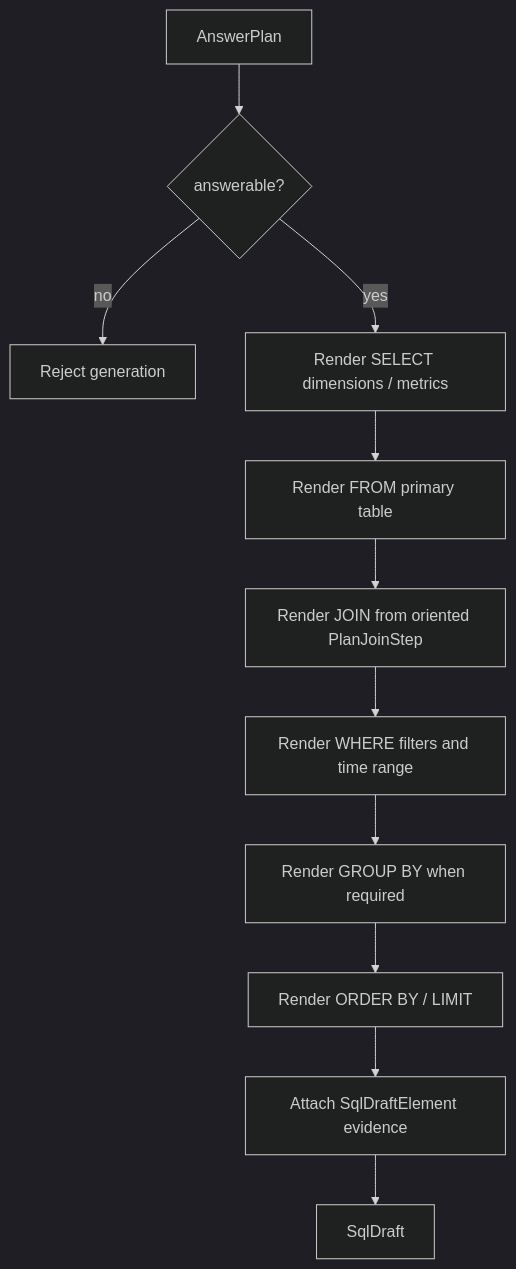
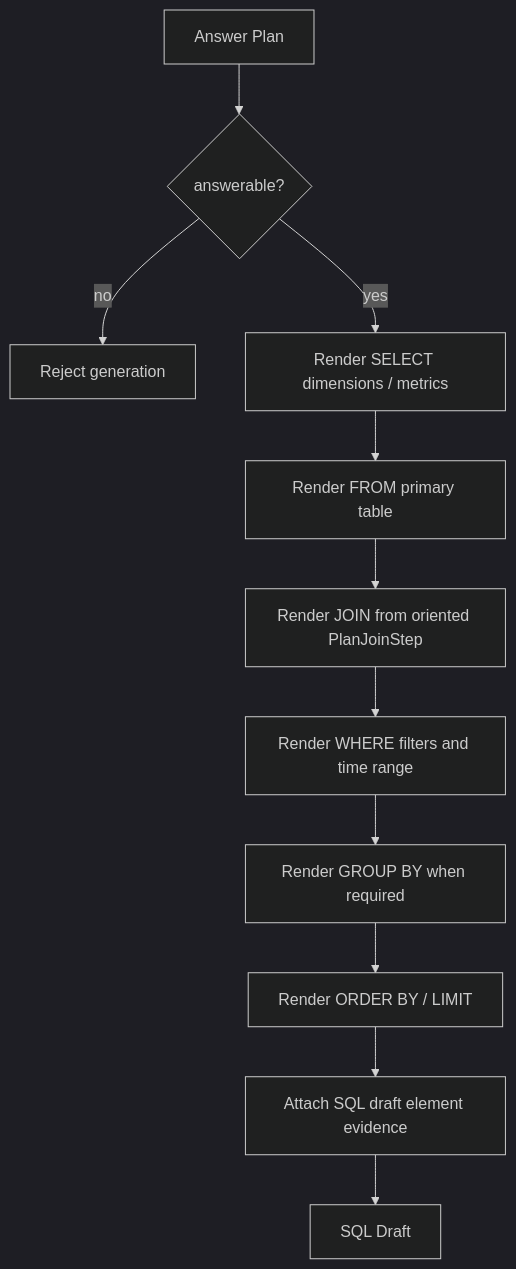
Before and after one commit to xiaoguang/relation-detector: the second of 2 diagrams in docs/design/semantic-layer/10-sql-draft-generator.md, drawn with Mermaid (dark theme). The commit also changed other lines of this file and 14 other files, not shown here.

````diff
--- a/docs/design/semantic-layer/10-sql-draft-generator.md
+++ b/docs/design/semantic-layer/10-sql-draft-generator.md
@@ -46,13 +68,13 @@
 ```mermaid
 flowchart TD
-  A["AnswerPlan"] --> B{"answerable?"}
+  A["Answer Plan"] --> B{"answerable?"}
   B -- "no" --> C["Reject generation"]
   B -- "yes" --> D["Render SELECT dimensions / metrics"]
   D --> E["Render FROM primary table"]
   E --> F["Render JOIN from oriented PlanJoinStep"]
   F --> G["Render WHERE filters and time range"]
   G --> H["Render GROUP BY when required"]
   H --> I["Render ORDER BY / LIMIT"]
-  I --> J["Attach SqlDraftElement evidence"]
-  J --> K["SqlDraft"]
+  I --> J["Attach SQL draft element evidence"]
+  J --> K["SQL Draft"]
 ```
````
